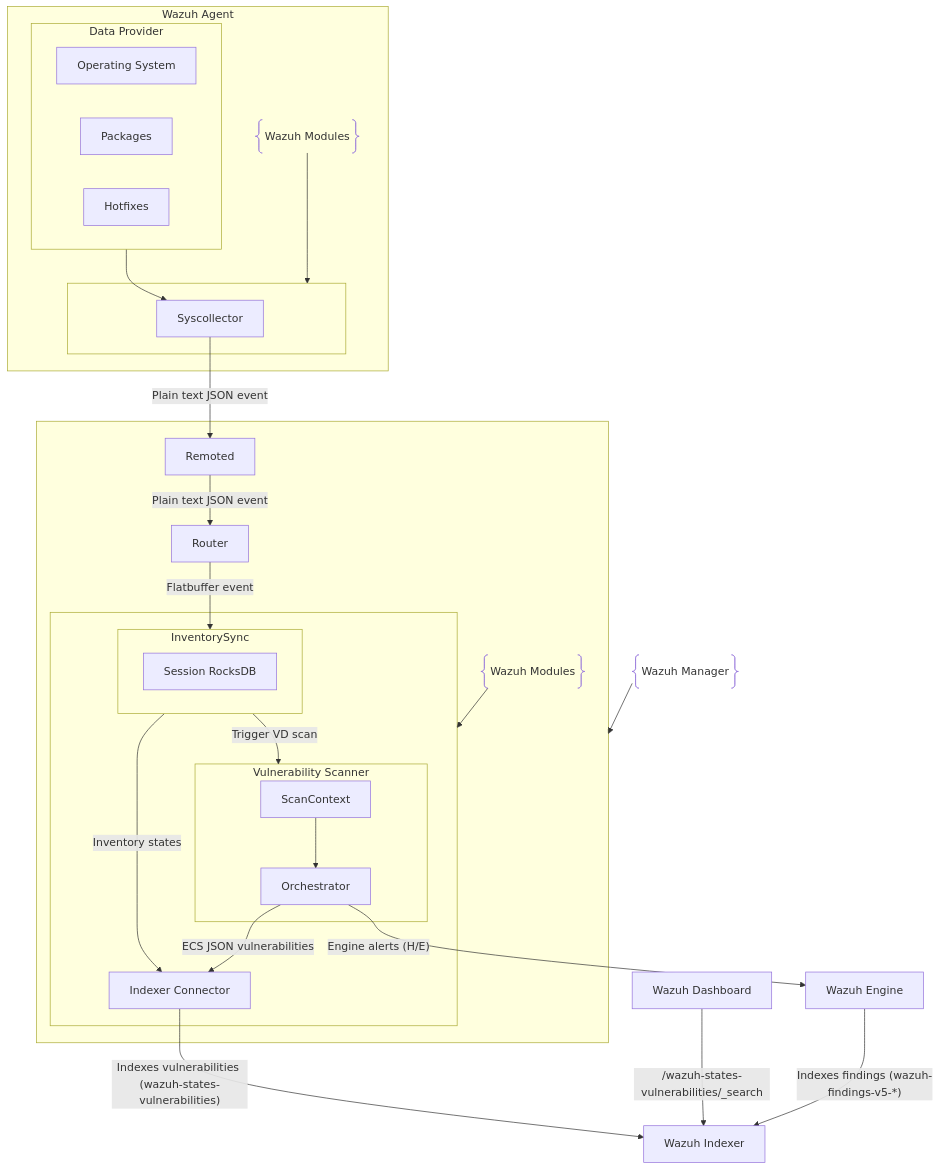
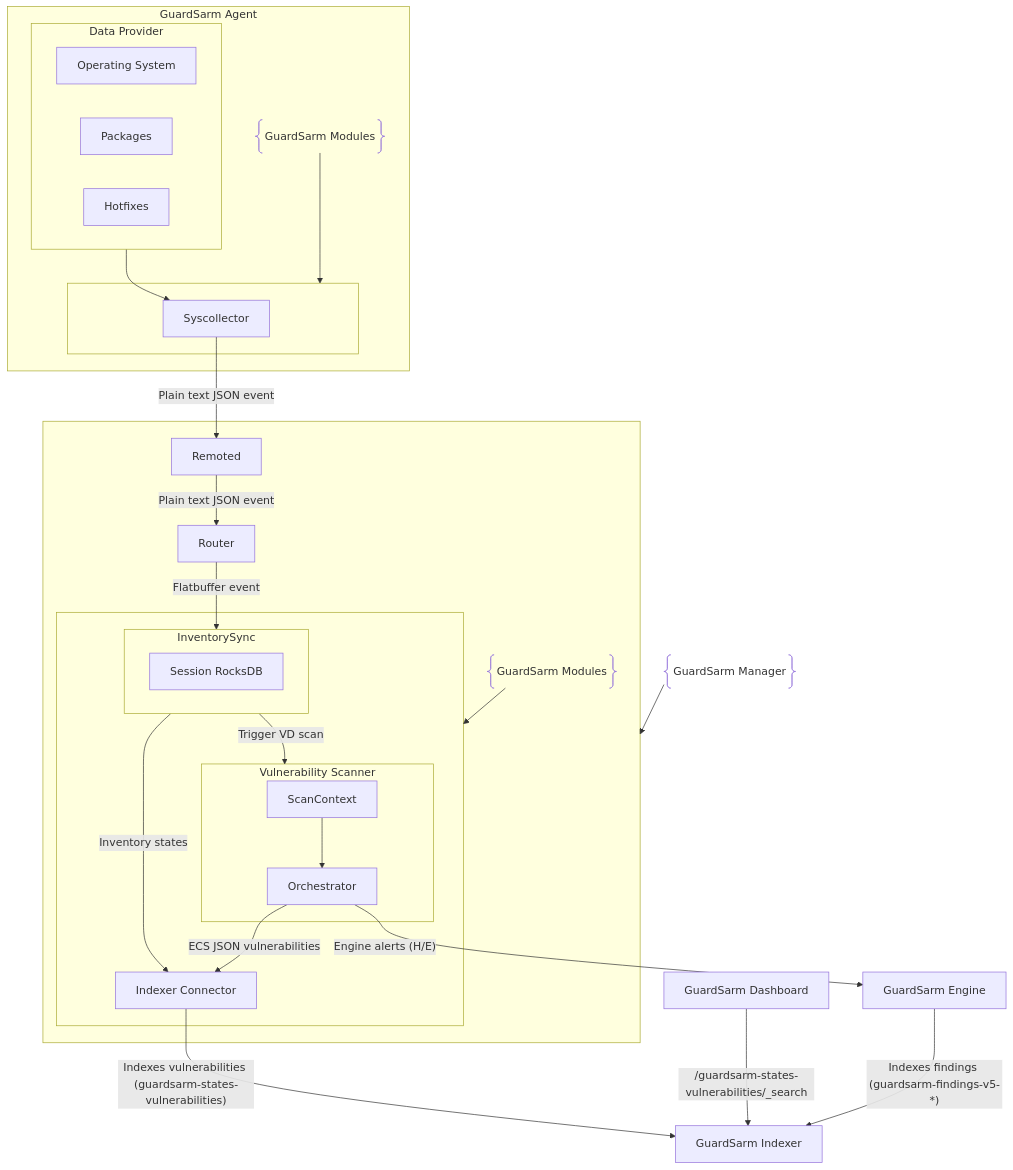
Before and after one commit to guardsarm/guardsarm: the second of 2 diagrams in docs/ref/modules/vulnerability-scanner/architecture.md, drawn with Mermaid. The commit also changed other lines of this file and 4082 other files, not shown here.

First line of the commit message:
GuardSarm rebrand (R1) + native build/runtime fixes

````diff
--- a/docs/ref/modules/vulnerability-scanner/architecture.md
+++ b/docs/ref/modules/vulnerability-scanner/architecture.md
@@ -120,45 +120,45 @@
 ```mermaid
 flowchart TD
 
-subgraph WazuhManager[" "]
+subgraph GuardSarmManager[" "]
   Remoted["Remoted"]
-  subgraph WazuhModulesM[" "]
+  subgraph GuardSarmModulesM[" "]
     subgraph InventorySync["InventorySync"]
       SessionDB["Session RocksDB"]
     end
     subgraph VulnerabilityScanner["Vulnerability Scanner"]
       ScanContext["ScanContext"]
       Orchestrator["Orchestrator"]
       ScanContext --> Orchestrator
     end
     IndexerConnector["Indexer Connector"]
     InventorySync -- "Inventory states" --> IndexerConnector
     Orchestrator -- "ECS JSON vulnerabilities" --> IndexerConnector
   end
-  C@{ shape: braces, label: "Wazuh Modules" } --> WazuhModulesM
+  C@{ shape: braces, label: "GuardSarm Modules" } --> GuardSarmModulesM
   Remoted -- "Plain text JSON event" --> Router
   Router -- "Flatbuffer event" --> InventorySync
   InventorySync -- "Trigger VD scan" --> VulnerabilityScanner
 end
-B@{ shape: braces, label: "Wazuh Manager" } --> WazuhManager
-IndexerConnector -- "Indexes vulnerabilities (wazuh-states-vulnerabilities)" --> WazuhIndexer
-Orchestrator -- "Engine alerts (H/E)" --> WazuhEngine
-subgraph WazuhAgent["Wazuh Agent"]
+B@{ shape: braces, label: "GuardSarm Manager" } --> GuardSarmManager
+IndexerConnector -- "Indexes vulnerabilities (guardsarm-states-vulnerabilities)" --> GuardSarmIndexer
+Orchestrator -- "Engine alerts (H/E)" --> GuardSarmEngine
+subgraph GuardSarmAgent["GuardSarm Agent"]
   subgraph Providers["Data Provider"]
     OS["Operating System"]
     Packages["Packages"]
     Hotfixes["Hotfixes"]
   end
-  subgraph WazuhModulesA[" "]
+  subgraph GuardSarmModulesA[" "]
     Syscollector["Syscollector"]
   end
-  A@{ shape: braces, label: "Wazuh Modules" } --> WazuhModulesA
+  A@{ shape: braces, label: "GuardSarm Modules" } --> GuardSarmModulesA
   Syscollector -- "Plain text JSON event" --> Remoted
 end
 Providers --> Syscollector
-WazuhIndexer["Wazuh Indexer"]
-WazuhEngine["Wazuh Engine"]
-WazuhEngine -- "Indexes findings (wazuh-findings-v5-*)" --> WazuhIndexer
-WazuhDashboard["Wazuh Dashboard"]
-WazuhDashboard -- /wazuh-states-vulnerabilities/_search --> WazuhIndexer
+GuardSarmIndexer["GuardSarm Indexer"]
+GuardSarmEngine["GuardSarm Engine"]
+GuardSarmEngine -- "Indexes findings (guardsarm-findings-v5-*)" --> GuardSarmIndexer
+GuardSarmDashboard["GuardSarm Dashboard"]
+GuardSarmDashboard -- /guardsarm-states-vulnerabilities/_search --> GuardSarmIndexer
 ```
````
